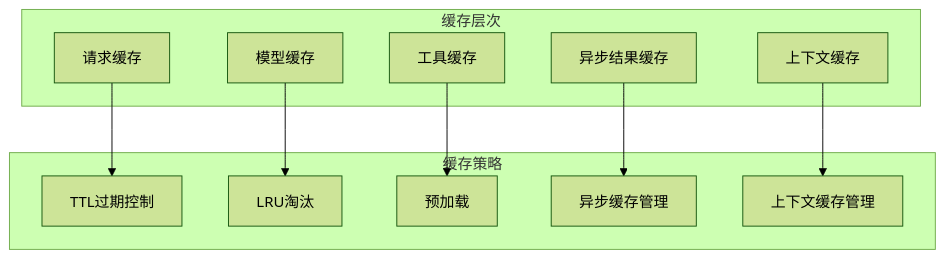
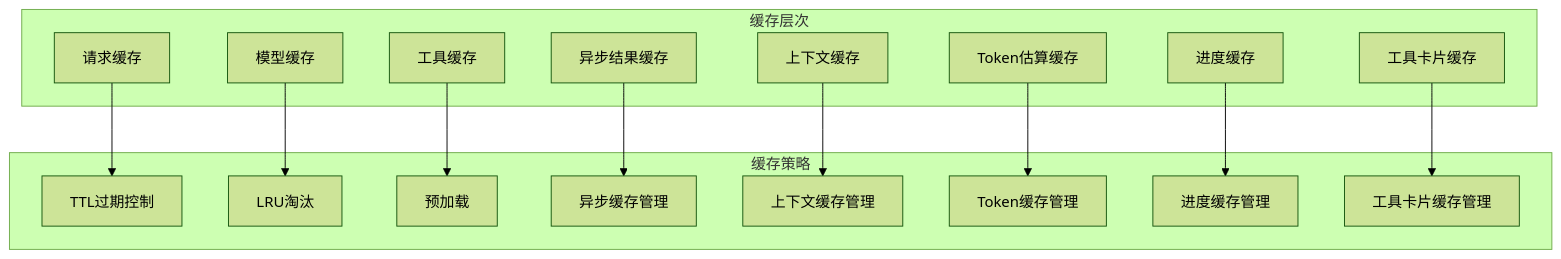
Before and after one commit to maomao94/zero-service: diagram 28 of 29 in .qoder/repowiki/zh/content/AI聊天服务迁移指南.md, drawn with Mermaid (forest theme). The commit also changed other lines of this file and 48 other files, not shown here.

````diff
--- a/.qoder/repowiki/zh/content/AI聊天服务迁移指南.md
+++ b/.qoder/repowiki/zh/content/AI聊天服务迁移指南.md
@@ -934,22 +1412,31 @@
 ```mermaid
 graph TB
 subgraph "缓存层次"
 RequestCache[请求缓存]
 ModelCache[模型缓存]
 ToolCache[工具缓存]
 AsyncCache[异步结果缓存]
 ContextCache[上下文缓存]
+TokenCache[Token估算缓存]
+ProgressCache[进度缓存]
+ToolCardCache[工具卡片缓存]
 end
 subgraph "缓存策略"
 TTL[TTL过期控制]
 Eviction[LRU淘汰]
 Prefetch[预加载]
 AsyncTTL[异步缓存管理]
 ContextTTL[上下文缓存管理]
+TokenTTL[Token缓存管理]
+ProgressTTL[进度缓存管理]
+ToolCardTTL[工具卡片缓存管理]
 end
 RequestCache --> TTL
 ModelCache --> Eviction
 ToolCache --> Prefetch
 AsyncCache --> AsyncTTL
 ContextCache --> ContextTTL
+TokenCache --> TokenTTL
+ProgressCache --> ProgressTTL
+ToolCardCache --> ToolCardTTL
 ```
````
